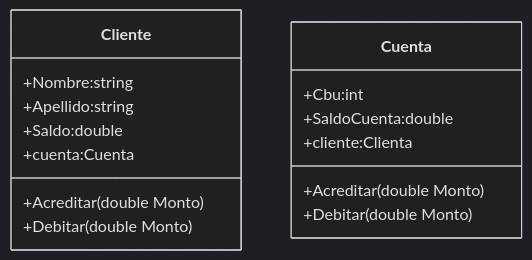
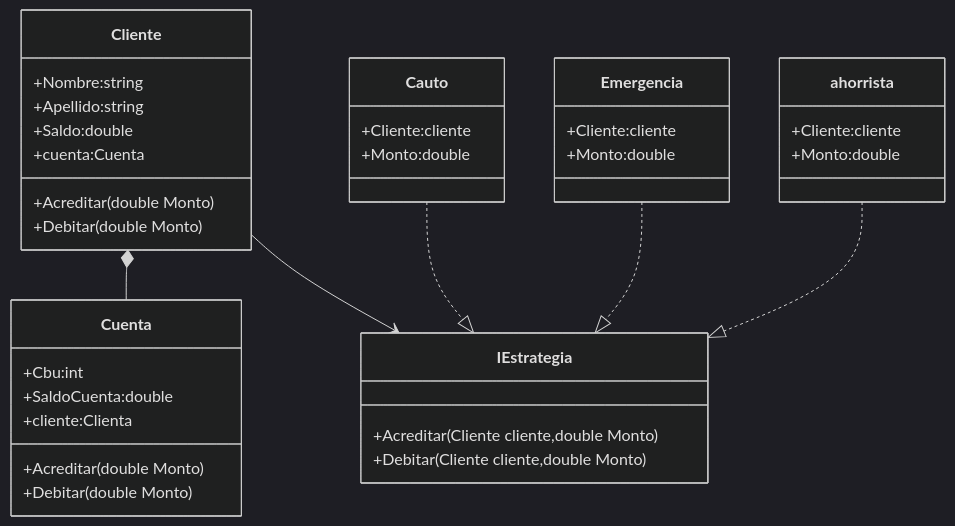
One commit to JRyoy/Banco changed the diagram in README.md. Above: the diagram before and after it, drawn with Mermaid (dark theme).

````diff
--- a/README.md
+++ b/README.md
@@ -2,26 +2,50 @@
 ```mermaid
 classDiagram
 
+class Cuenta{
+    +Cbu:int
+    +SaldoCuenta:double 
+    +cliente:Clienta
+    +Acreditar(double Monto)
+    +Debitar(double Monto)
+}
+Cliente *-- Cuenta
 class Cliente{
 
     +Nombre:string
     +Apellido:string
     +Saldo:double
     +cuenta:Cuenta
     +Acreditar(double Monto)
     +Debitar(double Monto)
 
 }
+Cliente --> IEstrategia
 
-class Cuenta{
-    +Cbu:int
-    +SaldoCuenta:double 
-    +cliente:Clienta
-    +Acreditar(double Monto)
-    +Debitar(double Monto)
+class  IEstrategia{
+    <Interface>
+
+    +Acreditar(Cliente cliente,double Monto)
+    +Debitar(Cliente cliente,double Monto)
 }
-    
+Cauto..|>IEstrategia
+Emergencia..|>IEstrategia
+ahorrista..|>IEstrategia
+class Cauto{
+    +Cliente:cliente
+    +Monto:double
+
+}
+class Emergencia{
+    +Cliente:cliente
+    +Monto:double
+}
+class ahorrista{
+    +Cliente:cliente
+    +Monto:double
+
+}
 
 
 
 ```
````
